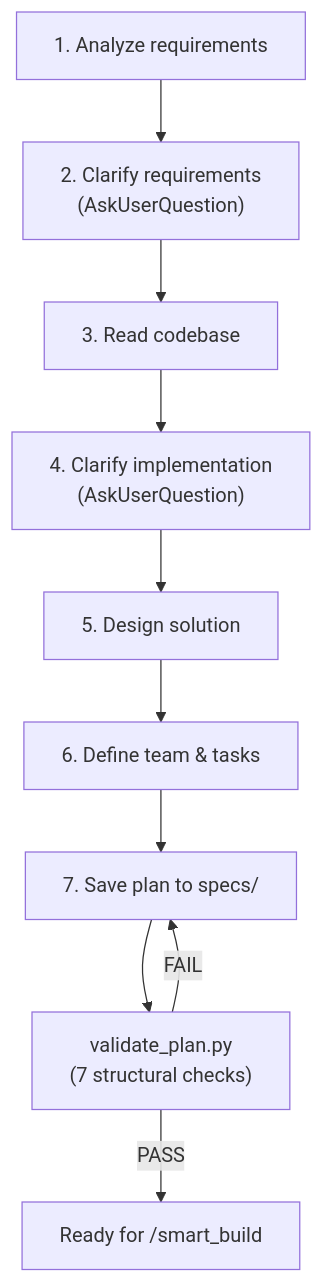
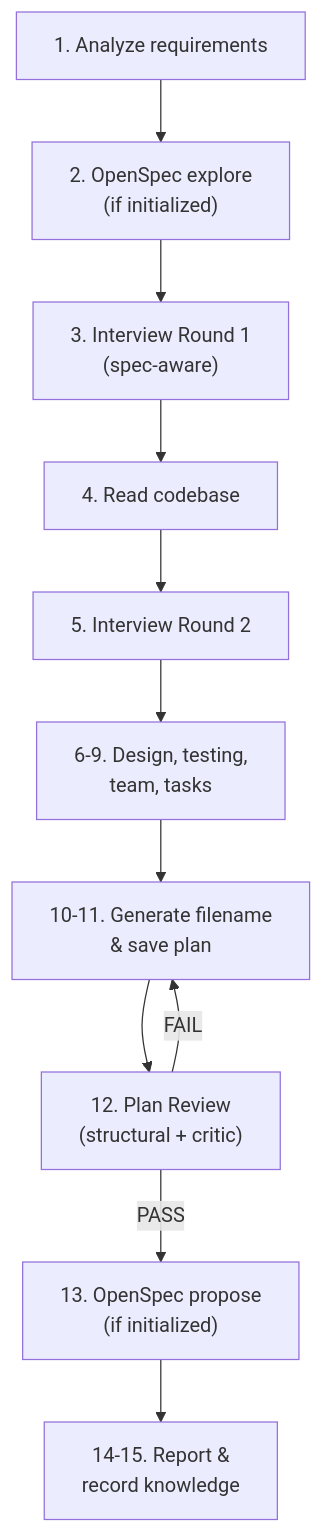
Before and after one commit to a-simeshin/claude-code-hooks-mastery: the diagram in docs/plan-w-team.md, drawn with Mermaid. The commit also changed other lines of this file and 8 other files, not shown here.

````diff
--- a/docs/plan-w-team.md
+++ b/docs/plan-w-team.md
@@ -7,12 +7,13 @@
 ```mermaid
 flowchart TD
-    A["1. Analyze requirements"] --> B["2. Clarify requirements<br/>(AskUserQuestion)"]
-    B --> C["3. Read codebase"]
-    C --> D["4. Clarify implementation<br/>(AskUserQuestion)"]
-    D --> E["5. Design solution"]
-    E --> F["6. Define team & tasks"]
-    F --> G["7. Save plan to specs/"]
-    G --> H["validate_plan.py<br/>(7 structural checks)"]
+    A["1. Analyze requirements"] --> B["2. OpenSpec explore<br/>(if initialized)"]
+    B --> C["3. Interview Round 1<br/>(spec-aware)"]
+    C --> D["4. Read codebase"]
+    D --> E["5. Interview Round 2"]
+    E --> F["6-9. Design, testing,<br/>team, tasks"]
+    F --> G["10-11. Generate filename<br/>& save plan"]
+    G --> H["12. Plan Review<br/>(structural + critic)"]
     H -->|FAIL| G
-    H -->|PASS| I["Ready for /smart_build"]
+    H -->|PASS| I["13. OpenSpec propose<br/>(if initialized)"]
+    I --> J["14-15. Report &<br/>record knowledge"]
 ```
````
